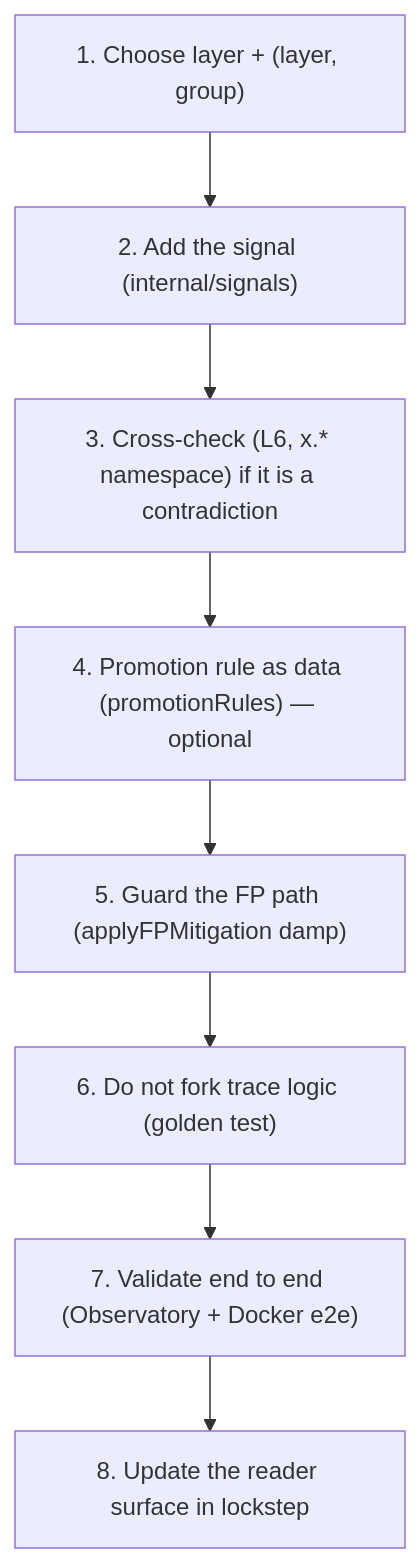
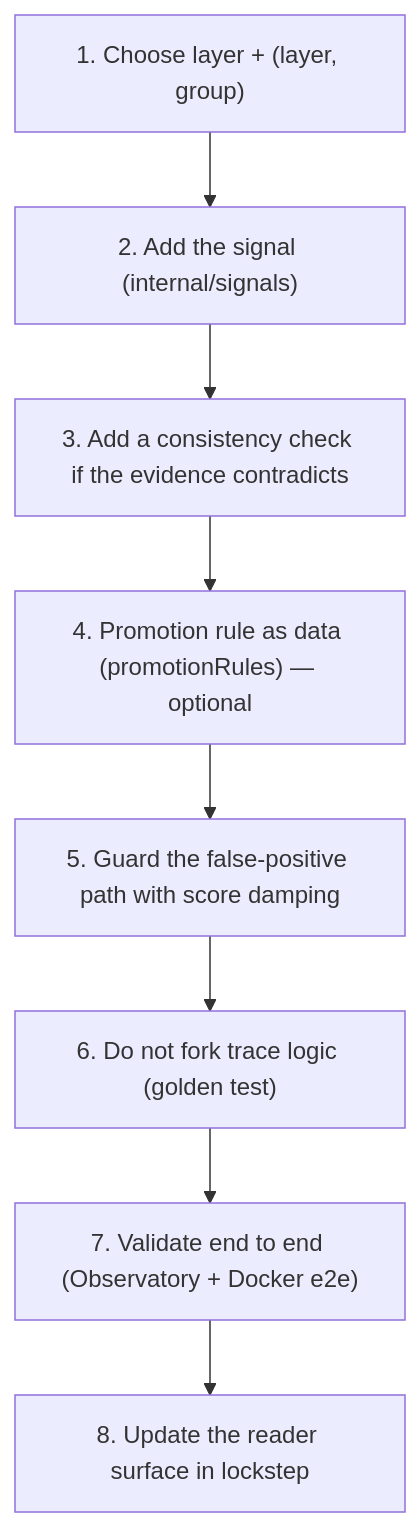
Before and after one commit to modootoday/humanymous: the diagram in docs/how-to/extend-detection.md, drawn with Mermaid. The commit also changed other lines of this file and 62 other files, not shown here.

````diff
--- a/docs/how-to/extend-detection.md
+++ b/docs/how-to/extend-detection.md
@@ -13,10 +13,10 @@
 ```mermaid
 flowchart TD
   S1["1. Choose layer + (layer, group)"] --> S2["2. Add the signal (internal/signals)"]
-  S2 --> S3["3. Cross-check (L6, x.* namespace) if it is a contradiction"]
+  S2 --> S3["3. Add a consistency check if the evidence contradicts"]
   S3 --> S4["4. Promotion rule as data (promotionRules) — optional"]
-  S4 --> S5["5. Guard the FP path (applyFPMitigation damp)"]
+  S4 --> S5["5. Guard the false-positive path with score damping"]
   S5 --> S6["6. Do not fork trace logic (golden test)"]
   S6 --> S7["7. Validate end to end (Observatory + Docker e2e)"]
   S7 --> S8["8. Update the reader surface in lockstep"]
 ```
````
